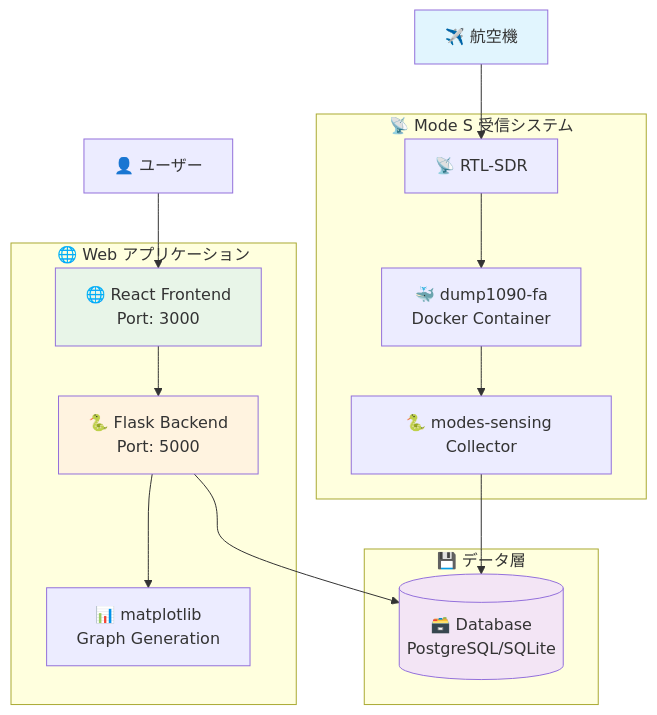
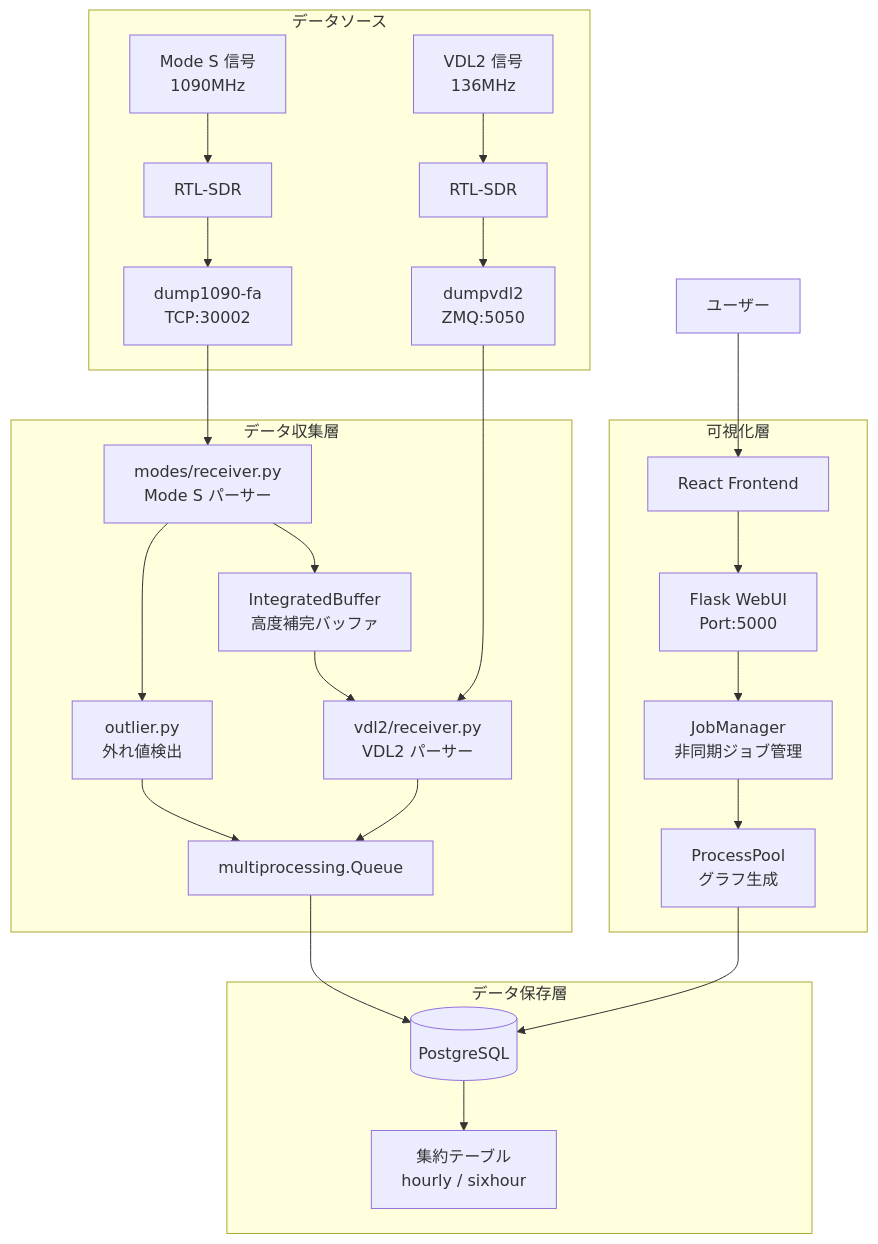
The first of 4 diagrams in README.md (kimata/modes-sensing), drawn with Mermaid before and after one commit. The commit also changed other lines of this file, not shown here.

````diff
--- a/README.md
+++ b/README.md
@@ -62,33 +45,33 @@
 ```mermaid
-flowchart TD
-    A[✈️ 航空機] --> B[📡 RTL-SDR]
-    B --> C[🐳 dump1090-fa<br/>Docker Container]
-    C --> D[🐍 modes-sensing Collector]
-    D --> E[(🗃️ Database<br/>PostgreSQL/SQLite)]
-
-    F[👤 ユーザー] --> G[🌐 React Frontend<br/>Port: 3000]
-    G --> H[🐍 Flask Backend<br/>Port: 5000]
-    H --> E
-    H --> I[📊 matplotlib<br/>Graph Generation]
-
-    subgraph "📡 Mode S 受信システム"
-        B
-        C
-        D
+flowchart TB
+    subgraph "データソース"
+        A1[Mode S 信号<br/>1090MHz] --> SDR1[RTL-SDR]
+        A2[VDL2 信号<br/>136MHz] --> SDR2[RTL-SDR]
+        SDR1 --> D1090[dump1090-fa<br/>TCP:30002]
+        SDR2 --> DVDL2[dumpvdl2<br/>ZMQ:5050]
     end
 
-    subgraph "🌐 Web アプリケーション"
-        G
-        H
-        I
+    subgraph "データ収集層"
+        D1090 --> MR[modes/receiver.py<br/>Mode S パーサー]
+        DVDL2 --> VR[vdl2/receiver.py<br/>VDL2 パーサー]
+        MR --> IB[IntegratedBuffer<br/>高度補完バッファ]
+        IB --> VR
+        MR --> OD[outlier.py<br/>外れ値検出]
+        OD --> Q[multiprocessing.Queue]
+        VR --> Q
     end
 
-    subgraph "💾 データ層"
-        E
+    subgraph "データ保存層"
+        Q --> DB[(PostgreSQL)]
+        DB --> AGG[集約テーブル<br/>hourly / sixhour]
     end
 
-    style A fill:#e1f5fe
-    style E fill:#f3e5f5
-    style G fill:#e8f5e8
-    style H fill:#fff3e0
+    subgraph "可視化層"
+        WEB[Flask WebUI<br/>Port:5000] --> JM[JobManager<br/>非同期ジョブ管理]
+        JM --> PP[ProcessPool<br/>グラフ生成]
+        PP --> DB
+        REACT[React Frontend] --> WEB
+    end
+
+    USR[ユーザー] --> REACT
 ```
````
